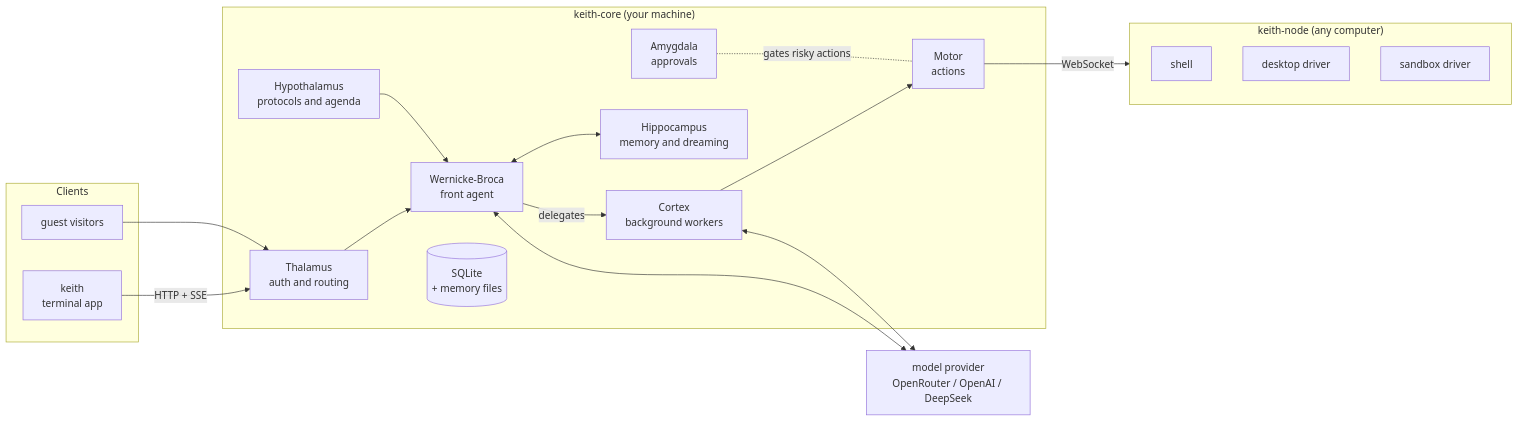
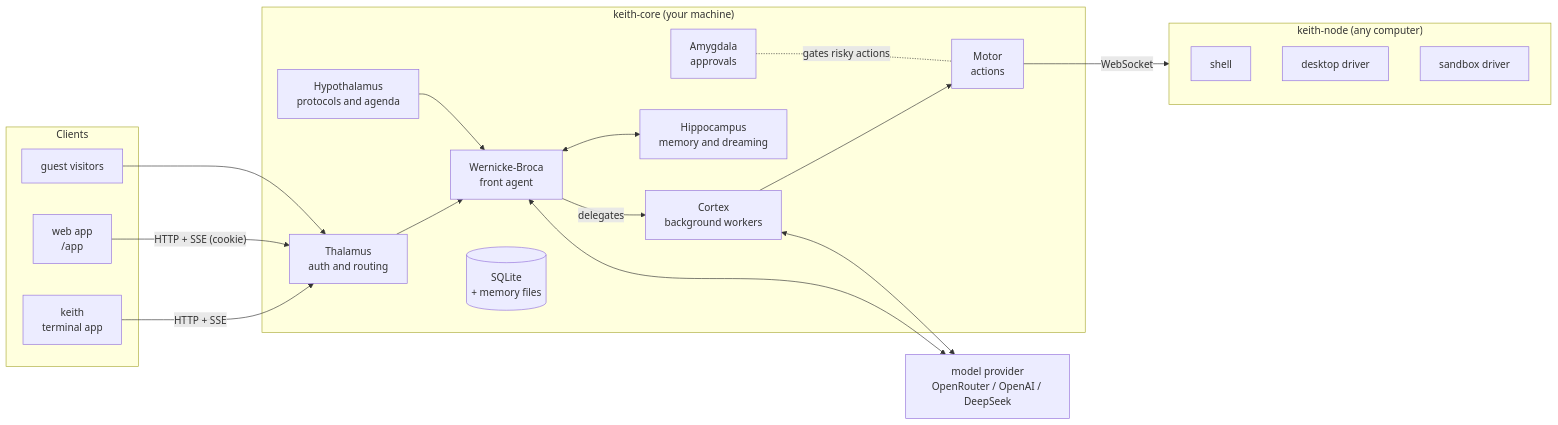
The diagram in README.md (viandwi24/keith), drawn with Mermaid before and after one commit. The commit also changed other lines of this file and 812 other files, not shown here.

````diff
--- a/README.md
+++ b/README.md
@@ -93,39 +94,41 @@
 ```mermaid
 flowchart LR
     subgraph Clients
         TUI["keith<br/>terminal app"]
+        Web["web app<br/>/app"]
         Guest["guest visitors"]
     end
 
     subgraph Core["keith-core (your machine)"]
         Thalamus["Thalamus<br/>auth and routing"]
         Front["Wernicke-Broca<br/>front agent"]
         Cortex["Cortex<br/>background workers"]
         Hippocampus["Hippocampus<br/>memory and dreaming"]
         Amygdala["Amygdala<br/>approvals"]
         Motor["Motor<br/>actions"]
         Hypothalamus["Hypothalamus<br/>protocols and agenda"]
         DB[("SQLite<br/>+ memory files")]
     end
 
     subgraph Nodes["keith-node (any computer)"]
         Shell["shell"]
         Desktop["desktop driver"]
         Sandbox["sandbox driver"]
     end
 
     Provider["model provider<br/>OpenRouter / OpenAI / DeepSeek"]
 
     TUI -- "HTTP + SSE" --> Thalamus
+    Web -- "HTTP + SSE (cookie)" --> Thalamus
     Guest --> Thalamus
     Thalamus --> Front
     Front -- "delegates" --> Cortex
     Front <--> Hippocampus
     Cortex --> Motor
     Motor -- "WebSocket" --> Nodes
     Amygdala -. "gates risky actions" .- Motor
     Hypothalamus --> Front
     Front <--> Provider
     Cortex <--> Provider
     Core --- DB
 ```
````
